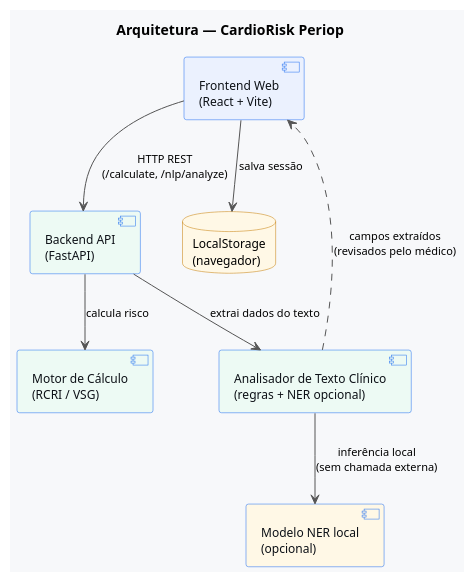
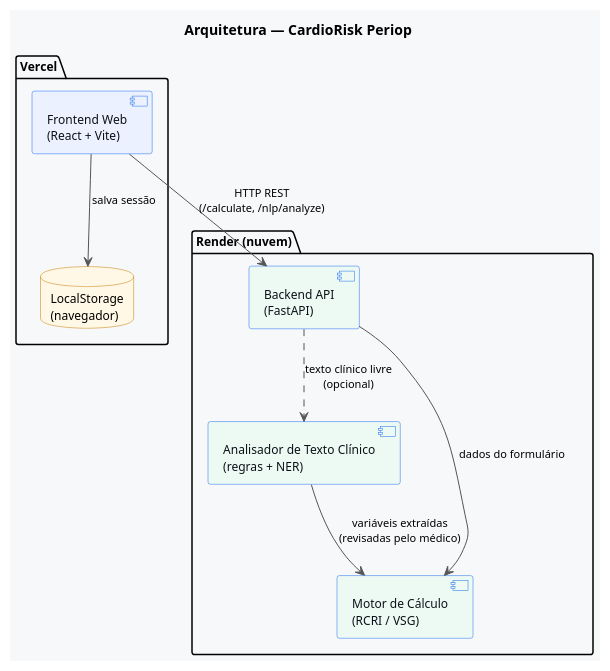
Before and after one commit to GustavoFrossard/Cardio-Risk-Calc: the diagram in diagramas/architecture.puml, drawn with PlantUML. The commit also changed 1 other file, not shown here.

Commit message:
Architecture diagram: group components by deployment target
Wrap the frontend and its LocalStorage in a Vercel package and the API,
text analyser and calculator in a Render package, so the diagram shows
where each part runs.

Redraw the analyser edges: the API now reaches the analyser on an
optional dashed edge for free clinical text, and the extracted variables
go on to the calculator, alongside the plain form data path.

```diff
--- a/diagramas/architecture.puml
+++ b/diagramas/architecture.puml
@@ -1,36 +1,39 @@
 @startuml CardioRisk_Arquitetura
 title Arquitetura — CardioRisk Periop
 
 skinparam backgroundColor #F7F8FA
 skinparam defaultFontName Segoe UI
 skinparam defaultFontSize 12
 
 skinparam component {
   BorderColor       #1A6BF0
   BackgroundColor   #EBF1FE
   FontColor         #0D1117
 }
 
 skinparam database {
   BorderColor       #C47A00
   BackgroundColor   #FFF8E6
 }
 
 skinparam ArrowColor  #555555
 skinparam ArrowFontSize 11
 
-[Frontend Web\n(React + Vite)]             as frontend  #EBF1FE
-[Backend API\n(FastAPI)]                   as api       #EDFAF4
-[Motor de Cálculo\n(RCRI / VSG)]           as calc      #EDFAF4
-[Analisador de Texto Clínico\n(regras + NER opcional)] as nlp #EDFAF4
-[Modelo NER local\n(opcional)]             as ner       #FFF8E6
-database "LocalStorage\n(navegador)"       as ls        #FFF8E6
+package "Vercel" as vercel {
+  [Frontend Web\n(React + Vite)]           as frontend  #EBF1FE
+  database "LocalStorage\n(navegador)"     as ls        #FFF8E6
+}
+
+package "Render (nuvem)" as render {
+  [Backend API\n(FastAPI)]                 as api       #EDFAF4
+  [Analisador de Texto Clínico\n(regras + NER)] as nlp  #EDFAF4
+  [Motor de Cálculo\n(RCRI / VSG)]         as calc      #EDFAF4
+}
 
 frontend  --> api      : HTTP REST\n(/calculate, /nlp/analyze)
 frontend  --> ls       : salva sessão
-api       --> calc     : calcula risco
-api       --> nlp      : extrai dados do texto
-nlp       --> ner      : inferência local\n(sem chamada externa)
-nlp       ..> frontend : campos extraídos\n(revisados pelo médico)
+api       ..> nlp      : texto clínico livre\n(opcional)
+nlp       --> calc     : variáveis extraídas\n(revisadas pelo médico)
+api       --> calc     : dados do formulário
 
 @enduml
```
